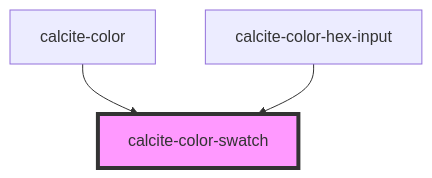
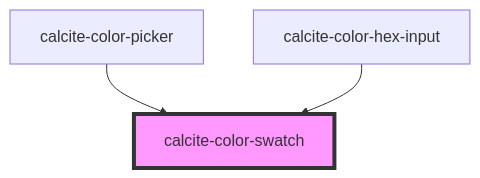
One commit to Esri/calcite-design-system changed the diagram in src/components/calcite-color-swatch/readme.md. Above: the diagram before and after it, drawn with Mermaid. The commit also changed other lines of this file and 22 other files, not shown here.

````diff
--- a/src/components/calcite-color-swatch/readme.md
+++ b/src/components/calcite-color-swatch/readme.md
@@ -23,6 +23,6 @@
 ```mermaid
 graph TD;
-  calcite-color --> calcite-color-swatch
+  calcite-color-picker --> calcite-color-swatch
   calcite-color-hex-input --> calcite-color-swatch
   style calcite-color-swatch fill:#f9f,stroke:#333,stroke-width:4px
 ```
````
